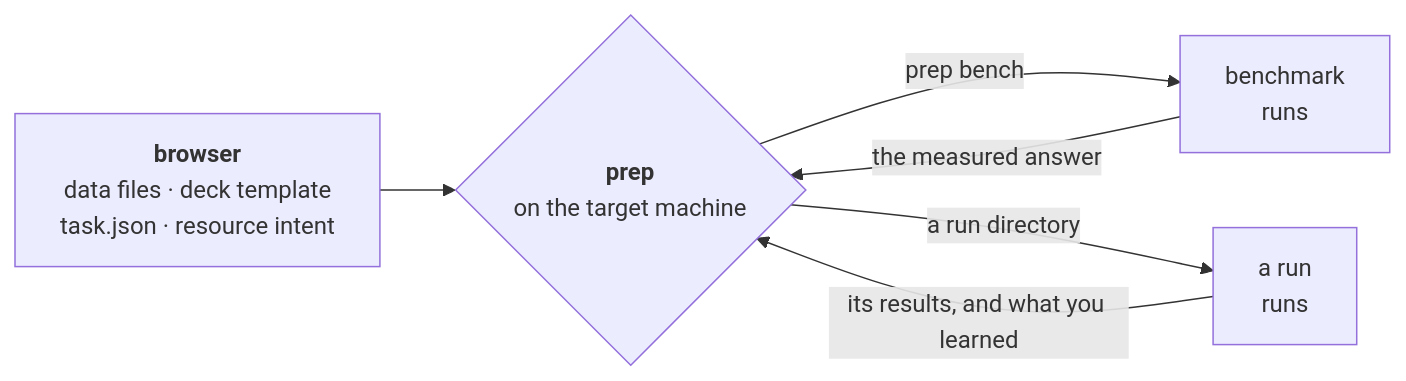
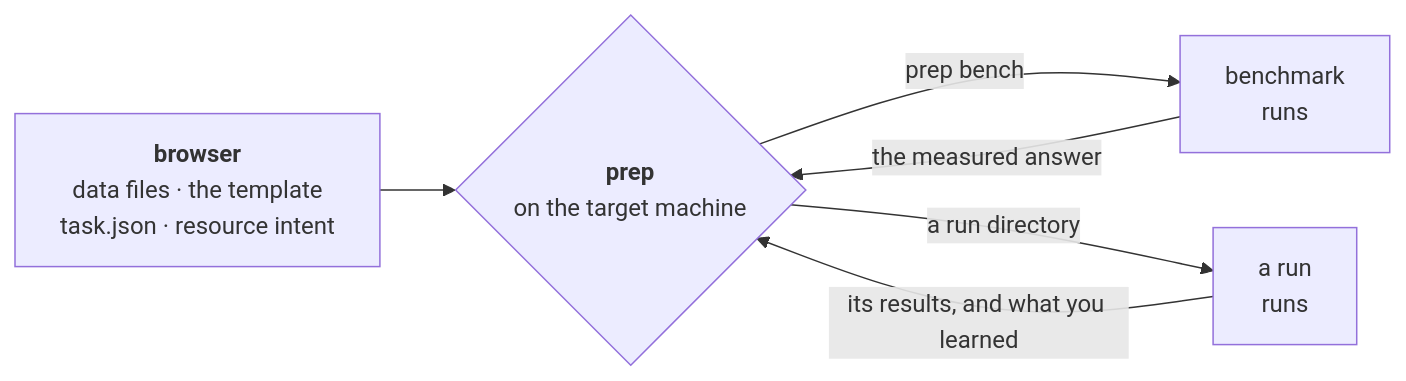
The sixth of 11 diagrams in docs/execution/project-layout.md (Qing-LAB/molbuilder), drawn with Mermaid before and after one commit. The commit also changed other lines of this file and 85 other files, not shown here.

````diff
--- a/docs/execution/project-layout.md
+++ b/docs/execution/project-layout.md
@@ -771,13 +771,13 @@
 ```mermaid
 flowchart LR
-    UI["<b>browser</b><br/>data files · deck template<br/>task.json · resource intent"]
+    UI["<b>browser</b><br/>data files · the template<br/>task.json · resource intent"]
     P{"<b>prep</b><br/>on the target machine"}
     B["benchmark<br/>runs"]
     R["a run<br/>runs"]
 
     UI --> P
     P -->|"prep bench"| B
     B -->|"the measured answer"| P
     P -->|"a run directory"| R
     R -->|"its results, and what you learned"| P
 ```
````
